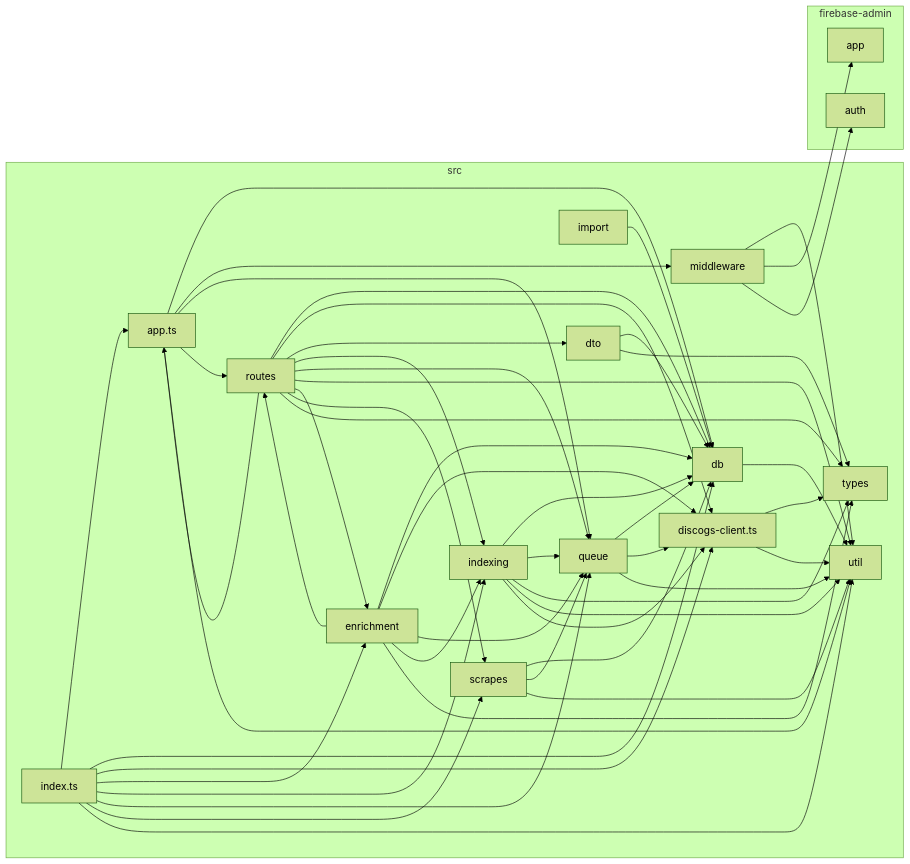
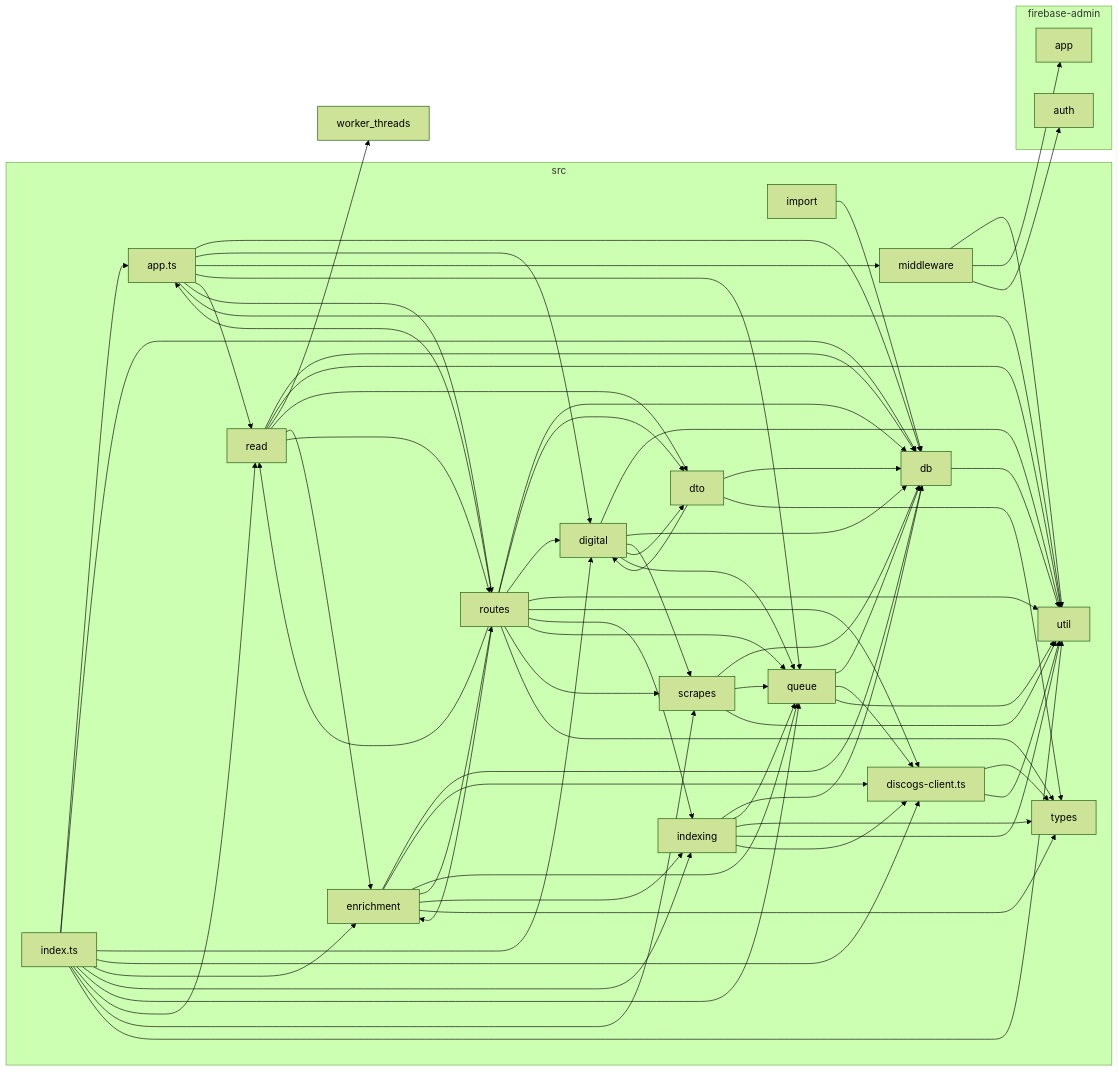
The diagram in docs/architecture/modules.mmd (ceolpandan/fader-be), drawn with Mermaid (forest theme) before and after one commit. The commit also changed 40 other files, not shown here.

```diff
--- a/docs/architecture/modules.mmd
+++ b/docs/architecture/modules.mmd
@@ -1,71 +1,92 @@
 flowchart LR
 
 subgraph 0["firebase-admin"]
 1["app"]
 2["auth"]
 end
 subgraph 3["src"]
 4["app.ts"]
 5["db"]
-6["discogs-client.ts"]
-7["dto"]
-8["enrichment"]
-9["import"]
-A["index.ts"]
-B["indexing"]
-C["middleware"]
-D["queue"]
-E["routes"]
-F["scrapes"]
-G["types"]
-H["util"]
+6["digital"]
+7["discogs-client.ts"]
+8["dto"]
+9["enrichment"]
+A["import"]
+B["index.ts"]
+C["indexing"]
+D["middleware"]
+E["queue"]
+F["read"]
+G["routes"]
+H["scrapes"]
+I["types"]
+J["util"]
 end
+K["worker_threads"]
 4-->5
-4-->C
+4-->6
 4-->D
 4-->E
-4-->H
-5-->H
-6-->G
+4-->F
+4-->G
+4-->J
+5-->J
+6-->J
+6-->5
 6-->H
-7-->5
-7-->G
+6-->8
+6-->E
+7-->I
+7-->J
 8-->5
 8-->6
-8-->D
-8-->E
-8-->B
-8-->G
+8-->I
 9-->5
-A-->4
+9-->7
+9-->E
+9-->G
+9-->C
+9-->I
 A-->5
-A-->6
-A-->8
-A-->B
-A-->D
-A-->F
-A-->H
+B-->4
 B-->5
-B-->D
-B-->G
+B-->6
+B-->7
+B-->9
+B-->C
+B-->E
+B-->F
 B-->H
-B-->6
-C-->H
-C-->1
-C-->2
-D-->5
-D-->6
-D-->H
+B-->J
+C-->5
+C-->E
+C-->I
+C-->J
+C-->7
+D-->J
+D-->1
+D-->2
 E-->5
-E-->6
 E-->7
-E-->B
-E-->D
-E-->H
-E-->8
-E-->F
-E-->4
-E-->G
+E-->J
 F-->5
-F-->D
-F-->H
+F-->J
+F-->K
+F-->8
+F-->9
+F-->G
+G-->5
+G-->8
+G-->6
+G-->J
+G-->7
+G-->C
+G-->E
+G-->9
+G-->F
+G-->H
+G-->4
+G-->I
+H-->5
+H-->E
+H-->J
```
